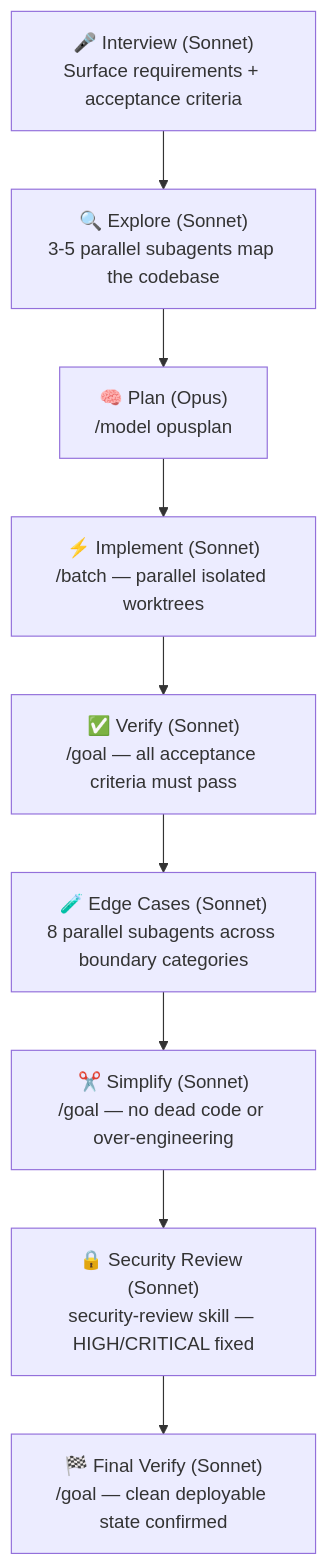
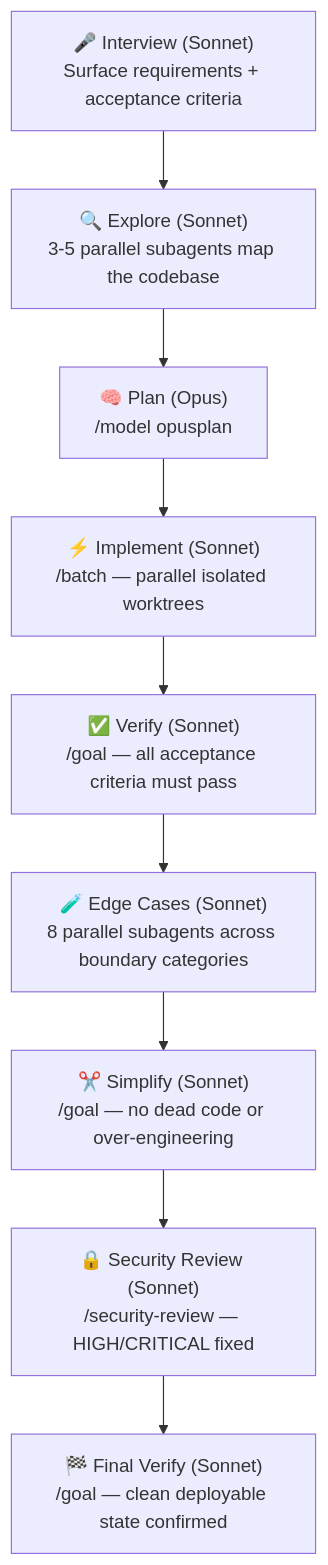
One commit to amajorai/ship.md changed the diagram in README.md. Above: the diagram before and after it, drawn with Mermaid. The commit also changed other lines of this file, not shown here.

````diff
--- a/README.md
+++ b/README.md
@@ -5,11 +5,11 @@
 ```mermaid
 flowchart TD
     A["🎤 Interview (Sonnet)\nSurface requirements + acceptance criteria"] --> B["🔍 Explore (Sonnet)\n3-5 parallel subagents map the codebase"]
     B --> C["🧠 Plan (Opus)\n/model opusplan"]
     C --> D["⚡ Implement (Sonnet)\n/batch — parallel isolated worktrees"]
     D --> E["✅ Verify (Sonnet)\n/goal — all acceptance criteria must pass"]
     E --> F["🧪 Edge Cases (Sonnet)\n8 parallel subagents across boundary categories"]
     F --> G["✂️ Simplify (Sonnet)\n/goal — no dead code or over-engineering"]
-    G --> H["🔒 Security Review (Sonnet)\nsecurity-review skill — HIGH/CRITICAL fixed"]
+    G --> H["🔒 Security Review (Sonnet)\n/security-review — HIGH/CRITICAL fixed"]
     H --> I["🏁 Final Verify (Sonnet)\n/goal — clean deployable state confirmed"]
 ```
````
